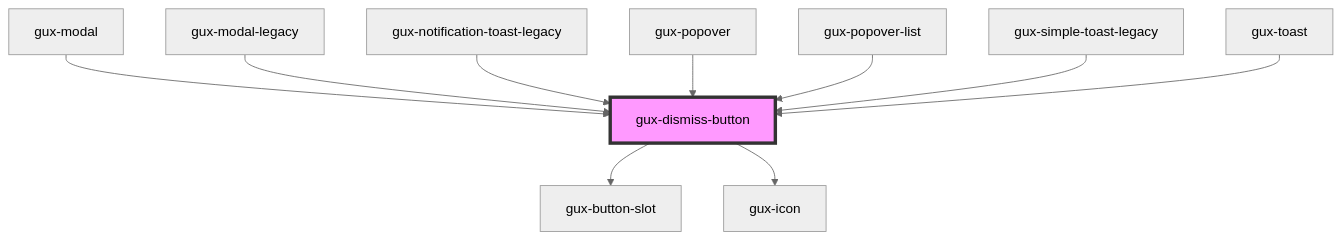
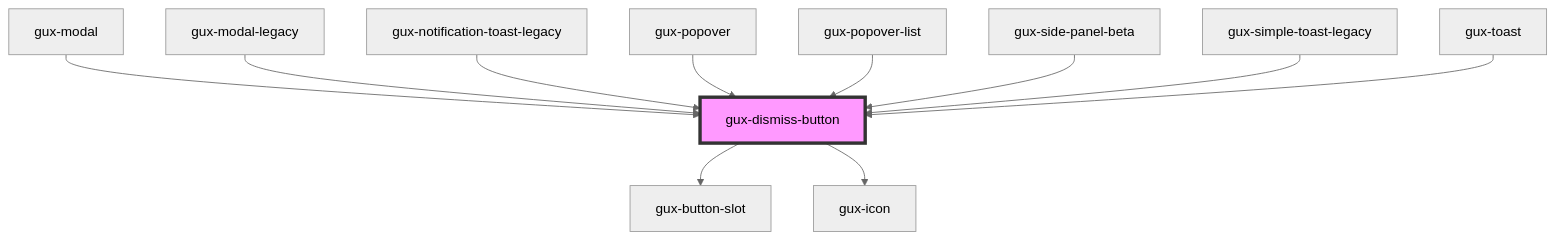
Before and after one commit to MyPureCloud/genesys-spark: the diagram in packages/genesys-spark-components/src/components/stable/gux-dismiss-button/readme.md, drawn with Mermaid (neutral theme). The commit also changed other lines of this file and 29 other files, not shown here.

Commit message:
feat(side panel): side panel component

````diff
--- a/packages/genesys-spark-components/src/components/stable/gux-dismiss-button/readme.md
+++ b/packages/genesys-spark-components/src/components/stable/gux-dismiss-button/readme.md
@@ -34,13 +35,14 @@
 ```mermaid
 graph TD;
   gux-dismiss-button --> gux-button-slot
   gux-dismiss-button --> gux-icon
   gux-modal --> gux-dismiss-button
   gux-modal-legacy --> gux-dismiss-button
   gux-notification-toast-legacy --> gux-dismiss-button
   gux-popover --> gux-dismiss-button
   gux-popover-list --> gux-dismiss-button
+  gux-side-panel-beta --> gux-dismiss-button
   gux-simple-toast-legacy --> gux-dismiss-button
   gux-toast --> gux-dismiss-button
   style gux-dismiss-button fill:#f9f,stroke:#333,stroke-width:4px
 ```
````
